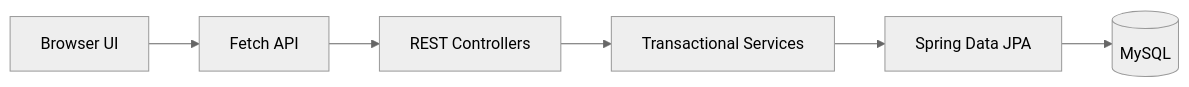
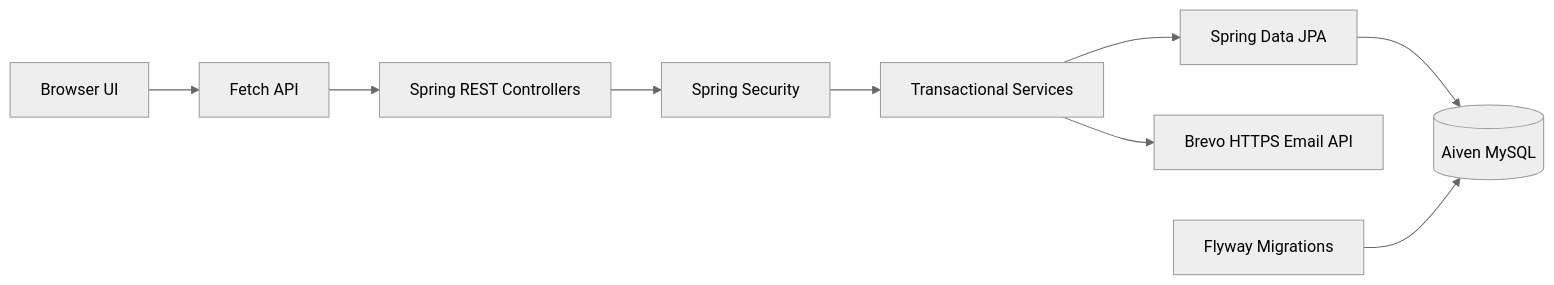
The diagram in README.md (priyanshuranjan02/Aurelia-Library), drawn with Mermaid (neutral theme) before and after one commit. The commit also changed other lines of this file, not shown here.

````diff
--- a/README.md
+++ b/README.md
@@ -29,8 +81,11 @@
 ```mermaid
 flowchart LR
     Browser["Browser UI"] --> Fetch["Fetch API"]
-    Fetch --> Controller["REST Controllers"]
-    Controller --> Service["Transactional Services"]
-    Service --> Repository["Spring Data JPA"]
-    Repository --> Database[("MySQL")]
+    Fetch --> Controllers["Spring REST Controllers"]
+    Controllers --> Security["Spring Security"]
+    Security --> Services["Transactional Services"]
+    Services --> Repositories["Spring Data JPA"]
+    Repositories --> DB[("Aiven MySQL")]
+    Services --> Mail["Brevo HTTPS Email API"]
+    Flyway["Flyway Migrations"] --> DB
 ```
````
